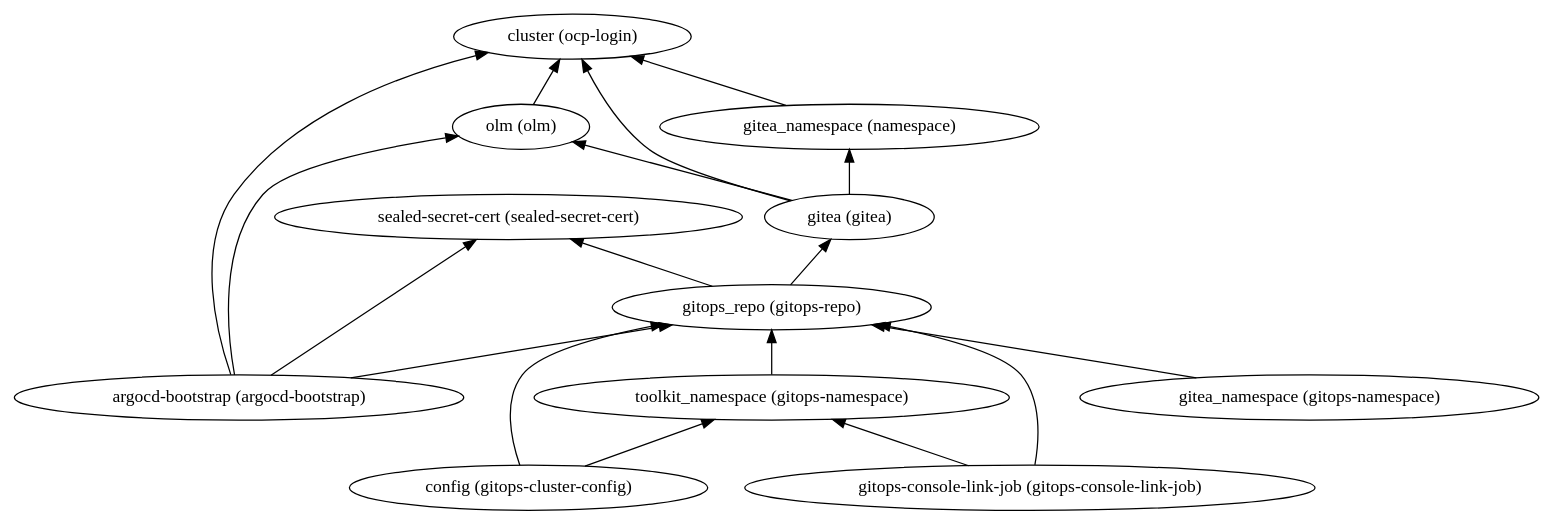
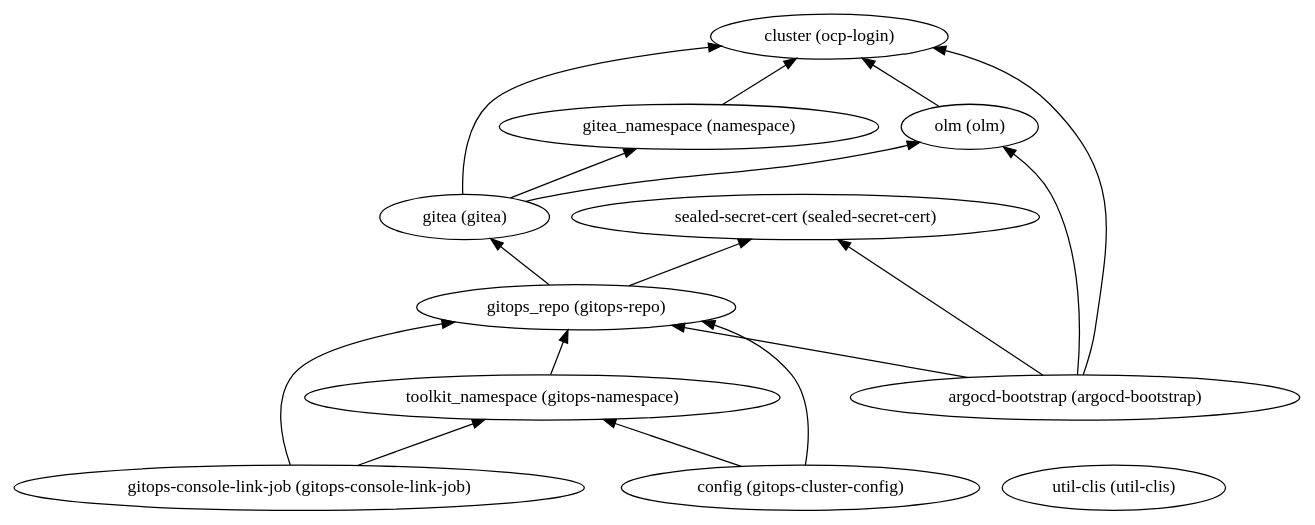
Before and after one commit to IBM/automation-aws-infra-openshift: the diagram in 1-quickstart/200-openshift-gitops/dependencies.dot, drawn with Graphviz. The commit also changed 27 other files, not shown here.

```diff
--- a/1-quickstart/200-openshift-gitops/dependencies.dot
+++ b/1-quickstart/200-openshift-gitops/dependencies.dot
@@ -1,31 +1,30 @@
 digraph {
     rankdir="BT"
-    "gitea (gitea)" -> "cluster (ocp-login)"
+    "config (gitops-cluster-config)" -> "gitops_repo (gitops-repo)"
+"config (gitops-cluster-config)" -> "toolkit_namespace (gitops-namespace)"
+"config (gitops-cluster-config)"
+"gitops_repo (gitops-repo)" -> "sealed-secret-cert (sealed-secret-cert)"
+"gitops_repo (gitops-repo)" -> "gitea (gitea)"
+"gitops_repo (gitops-repo)"
+"sealed-secret-cert (sealed-secret-cert)"
+"gitea (gitea)" -> "cluster (ocp-login)"
 "gitea (gitea)" -> "olm (olm)"
 "gitea (gitea)" -> "gitea_namespace (namespace)"
 "gitea (gitea)"
 "cluster (ocp-login)"
 "olm (olm)" -> "cluster (ocp-login)"
 "olm (olm)"
 "gitea_namespace (namespace)" -> "cluster (ocp-login)"
 "gitea_namespace (namespace)"
-"config (gitops-cluster-config)" -> "gitops_repo (gitops-repo)"
-"config (gitops-cluster-config)" -> "toolkit_namespace (gitops-namespace)"
-"config (gitops-cluster-config)"
-"gitops_repo (gitops-repo)" -> "sealed-secret-cert (sealed-secret-cert)"
-"gitops_repo (gitops-repo)" -> "gitea (gitea)"
-"gitops_repo (gitops-repo)"
-"sealed-secret-cert (sealed-secret-cert)"
 "toolkit_namespace (gitops-namespace)" -> "gitops_repo (gitops-repo)"
 "toolkit_namespace (gitops-namespace)"
-"gitops-console-link-job (gitops-console-link-job)" -> "gitops_repo (gitops-repo)"
-"gitops-console-link-job (gitops-console-link-job)" -> "toolkit_namespace (gitops-namespace)"
-"gitops-console-link-job (gitops-console-link-job)"
-"gitea_namespace (gitops-namespace)" -> "gitops_repo (gitops-repo)"
-"gitea_namespace (gitops-namespace)"
 "argocd-bootstrap (argocd-bootstrap)" -> "cluster (ocp-login)"
 "argocd-bootstrap (argocd-bootstrap)" -> "olm (olm)"
 "argocd-bootstrap (argocd-bootstrap)" -> "gitops_repo (gitops-repo)"
 "argocd-bootstrap (argocd-bootstrap)" -> "sealed-secret-cert (sealed-secret-cert)"
 "argocd-bootstrap (argocd-bootstrap)"
+"gitops-console-link-job (gitops-console-link-job)" -> "gitops_repo (gitops-repo)"
+"gitops-console-link-job (gitops-console-link-job)" -> "toolkit_namespace (gitops-namespace)"
+"gitops-console-link-job (gitops-console-link-job)"
+"util-clis (util-clis)"
   }
```
